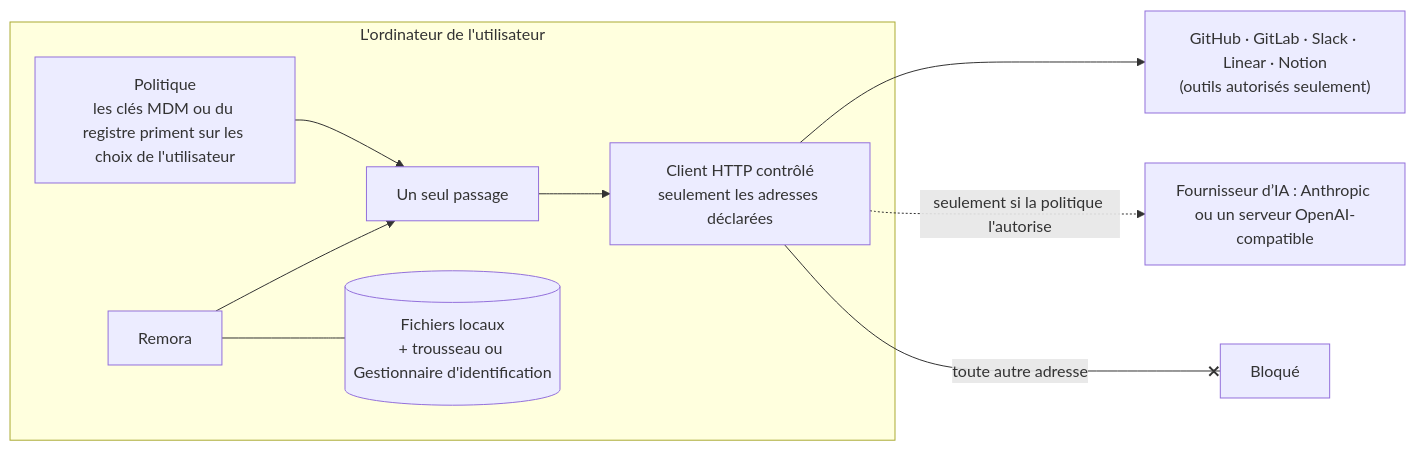
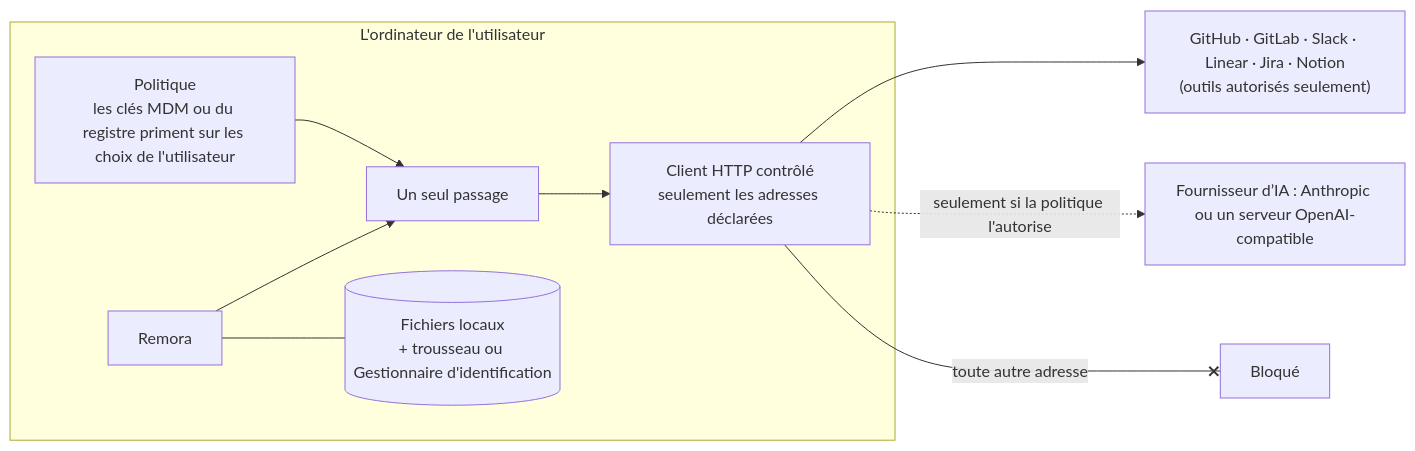
One commit to iGitScor/triage changed the diagram in docs/fr/admin/index.md. Above: the diagram before and after it, drawn with Mermaid. The commit also changed other lines of this file and 45 other files, not shown here.

````diff
--- a/docs/fr/admin/index.md
+++ b/docs/fr/admin/index.md
@@ -28,13 +28,13 @@
 ```mermaid
 flowchart LR
   subgraph Computer["L'ordinateur de l'utilisateur"]
     UI["Remora"] --> Gate["Un seul passage"]
     Policy["Politique<br/>les clés MDM ou du registre priment sur les choix de l'utilisateur"] --> Gate
     Gate --> Client["Client HTTP contrôlé<br/>seulement les adresses déclarées"]
     Store[("Fichiers locaux<br/>+ trousseau ou Gestionnaire d'identification")]
     UI --- Store
   end
-  Client --> Tools["GitHub · GitLab · Slack · Linear · Notion<br/>(outils autorisés seulement)"]
+  Client --> Tools["GitHub · GitLab · Slack · Linear · Jira · Notion<br/>(outils autorisés seulement)"]
   Client -. "seulement si la politique l'autorise" .-> Claude["Fournisseur d’IA : Anthropic ou un serveur OpenAI-compatible"]
   Client -- "toute autre adresse" --x Blocked["Bloqué"]
 ```
````
